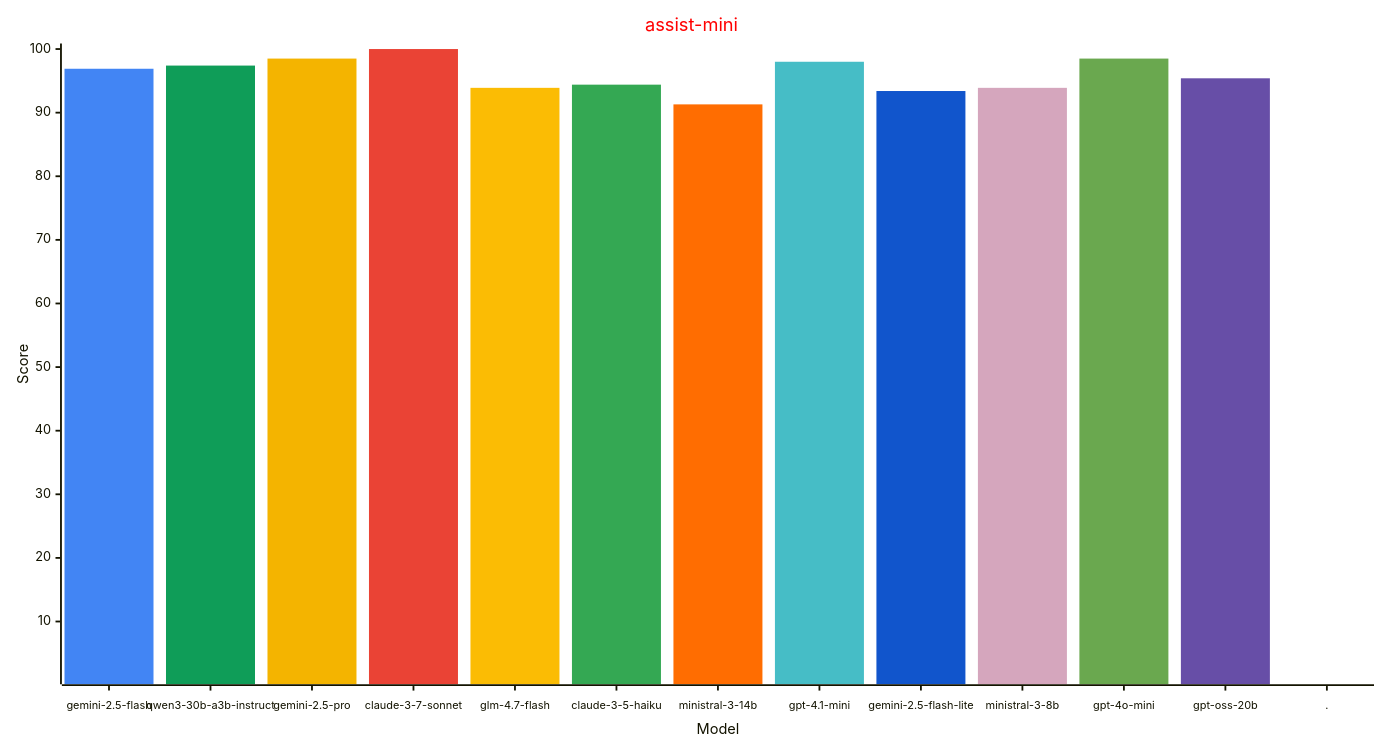
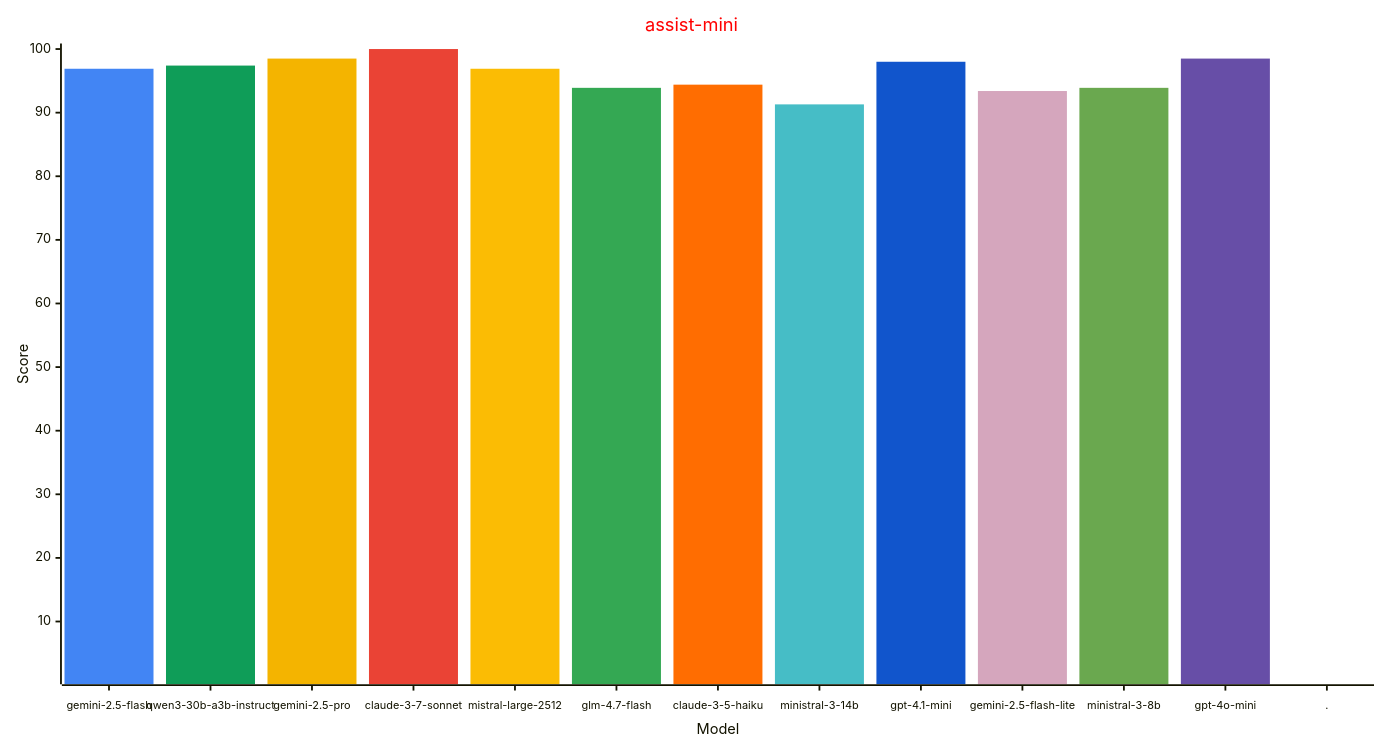
One commit to allenporter/home-assistant-datasets changed the second of 4 diagrams in reports/README.md. Above: the diagram before and after it, drawn with Mermaid. The commit also changed other lines of this file and 1087 other files, not shown here.

Commit message:
Benchmark: mistralai/mistral-large-2512 (OpenRouter)

````diff
--- a/reports/README.md
+++ b/reports/README.md
@@ -112,33 +113,33 @@
 ```mermaid
 ---
 config:
     xyChart:
         width: 1500
         height: 800
         xAxis:
           labelFontSize: 12
           labelPadding: 8
     themeVariables:
         xyChart:
             titleColor: "#ff0000"
             plotColorPalette: "#4285f4, #0f9d58, #f4b400, #ea4335, #fbbc04, #34a853, #ff6d01, #46bdc6, #1155cc, #d5a6bd, #6aa84f, #674ea7, #4285f4"
 
 ---
 xychart-beta
   title "assist-mini"
-  x-axis "Model" [gemini-2.5-flash, qwen3-30b-a3b-instruct, gemini-2.5-pro, claude-3-7-sonnet, glm-4.7-flash, claude-3-5-haiku, ministral-3-14b, gpt-4.1-mini, gemini-2.5-flash-lite, ministral-3-8b, gpt-4o-mini, gpt-oss-20b, .]
+  x-axis "Model" [gemini-2.5-flash, qwen3-30b-a3b-instruct, gemini-2.5-pro, claude-3-7-sonnet, mistral-large-2512, glm-4.7-flash, claude-3-5-haiku, ministral-3-14b, gpt-4.1-mini, gemini-2.5-flash-lite, ministral-3-8b, gpt-4o-mini, .]
   y-axis "Score" 1 --> 100
   bar [96.9, 0.0, 0.0, 0.0, 0.0, 0.0, 0.0, 0.0, 0.0, 0.0, 0.0, 0.0, 0.0]
   bar [0.0, 97.4, 0.0, 0.0, 0.0, 0.0, 0.0, 0.0, 0.0, 0.0, 0.0, 0.0, 0.0]
   bar [0.0, 0.0, 98.5, 0.0, 0.0, 0.0, 0.0, 0.0, 0.0, 0.0, 0.0, 0.0, 0.0]
   bar [0.0, 0.0, 0.0, 100.0, 0.0, 0.0, 0.0, 0.0, 0.0, 0.0, 0.0, 0.0, 0.0]
-  bar [0.0, 0.0, 0.0, 0.0, 93.9, 0.0, 0.0, 0.0, 0.0, 0.0, 0.0, 0.0, 0.0]
-  bar [0.0, 0.0, 0.0, 0.0, 0.0, 94.4, 0.0, 0.0, 0.0, 0.0, 0.0, 0.0, 0.0]
-  bar [0.0, 0.0, 0.0, 0.0, 0.0, 0.0, 91.3, 0.0, 0.0, 0.0, 0.0, 0.0, 0.0]
-  bar [0.0, 0.0, 0.0, 0.0, 0.0, 0.0, 0.0, 98.0, 0.0, 0.0, 0.0, 0.0, 0.0]
-  bar [0.0, 0.0, 0.0, 0.0, 0.0, 0.0, 0.0, 0.0, 93.4, 0.0, 0.0, 0.0, 0.0]
-  bar [0.0, 0.0, 0.0, 0.0, 0.0, 0.0, 0.0, 0.0, 0.0, 93.9, 0.0, 0.0, 0.0]
-  bar [0.0, 0.0, 0.0, 0.0, 0.0, 0.0, 0.0, 0.0, 0.0, 0.0, 98.5, 0.0, 0.0]
-  bar [0.0, 0.0, 0.0, 0.0, 0.0, 0.0, 0.0, 0.0, 0.0, 0.0, 0.0, 95.4, 0.0]
+  bar [0.0, 0.0, 0.0, 0.0, 96.9, 0.0, 0.0, 0.0, 0.0, 0.0, 0.0, 0.0, 0.0]
+  bar [0.0, 0.0, 0.0, 0.0, 0.0, 93.9, 0.0, 0.0, 0.0, 0.0, 0.0, 0.0, 0.0]
+  bar [0.0, 0.0, 0.0, 0.0, 0.0, 0.0, 94.4, 0.0, 0.0, 0.0, 0.0, 0.0, 0.0]
+  bar [0.0, 0.0, 0.0, 0.0, 0.0, 0.0, 0.0, 91.3, 0.0, 0.0, 0.0, 0.0, 0.0]
+  bar [0.0, 0.0, 0.0, 0.0, 0.0, 0.0, 0.0, 0.0, 98.0, 0.0, 0.0, 0.0, 0.0]
+  bar [0.0, 0.0, 0.0, 0.0, 0.0, 0.0, 0.0, 0.0, 0.0, 93.4, 0.0, 0.0, 0.0]
+  bar [0.0, 0.0, 0.0, 0.0, 0.0, 0.0, 0.0, 0.0, 0.0, 0.0, 93.9, 0.0, 0.0]
+  bar [0.0, 0.0, 0.0, 0.0, 0.0, 0.0, 0.0, 0.0, 0.0, 0.0, 0.0, 98.5, 0.0]
   bar [0.0, 0.0, 0.0, 0.0, 0.0, 0.0, 0.0, 0.0, 0.0, 0.0, 0.0, 0.0, -1.0]
 ```
````
